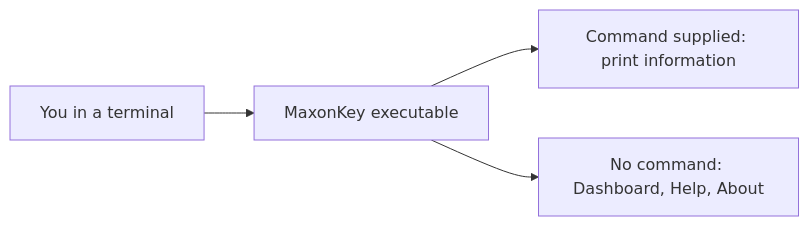
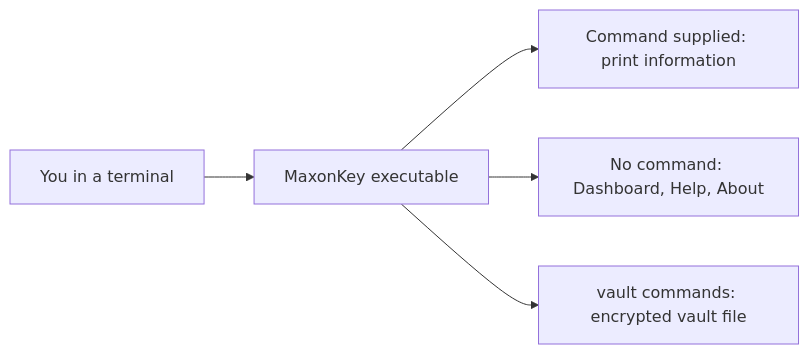
The diagram in README.md (maxontorres/maxonkey), drawn with Mermaid before and after one commit. The commit also changed other lines of this file and 6 other files, not shown here.

Commit message:
Docs: Document vault setup and approved security architecture

````diff
--- a/README.md
+++ b/README.md
@@ -117,6 +118,7 @@
 ```mermaid
 flowchart LR
     Person[You in a terminal] --> Program[MaxonKey executable]
     Program --> CLI[Command supplied: print information]
     Program --> TUI[No command: Dashboard, Help, About]
+    Program --> Vault[vault commands: encrypted vault file]
 ```
````
